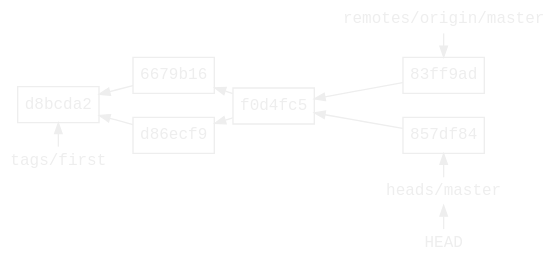
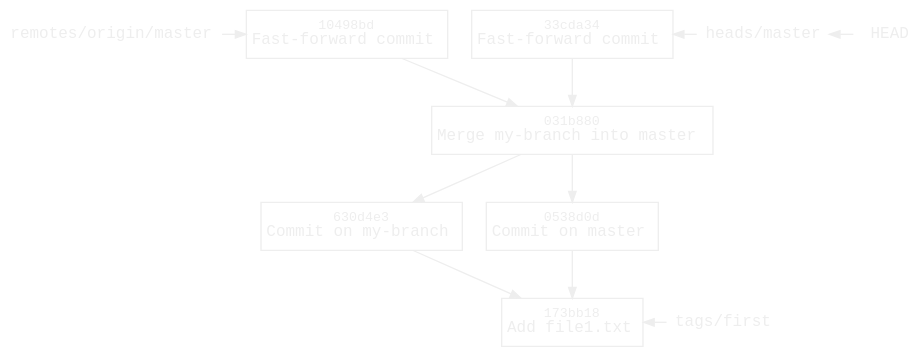
Before and after one commit to williamvds/website: the diagram in content/blog/git/remote-rewrite.dot, drawn with Graphviz. The commit also changed 16 other files, not shown here.

```diff
--- a/content/blog/git/remote-rewrite.dot
+++ b/content/blog/git/remote-rewrite.dot
@@ -1,42 +1,46 @@
 digraph branch {
     bgcolor = transparent
     color = white
-    rankdir = RL
-    ranksep = 0.2
+
     node [fontname=monospace, fontsize=12, fontcolor="#eeeeee",
           margin="0.06,0.1", height=0, color="#eeeeee"]
     edge [fontcolor="#eeeeee", color="#eeeeee", arrowsize=0.8]
 
     node [shape=box, labeldistance=0.2]
-    "d8bcda2"
-    "6679b16"
-    "d86ecf9"
-    "f0d4fc5"
-    "83ff9ad"
-    "857df84"
+    "173bb18" [label=<<font point-size="10">173bb18</font><br/>Add file1.txt>]
+    "630d4e3" [label=<<font point-size="10">630d4e3</font><br/>Commit on my-branch>]
+    "0538d0d" [label=<<font point-size="10">0538d0d</font><br/>Commit on master>]
+    "031b880" [label=<<font point-size="10">031b880</font><br/>Merge my-branch into master>]
+    "10498bd" [label=<<font point-size="10">10498bd</font><br/>Fast-forward commit>]
+    "33cda34" [label=<<font point-size="10">33cda34</font><br/>Fast-forward commit>]
 
     node [shape=none, margin=0.05, height=0, layer="refs"]
     HEAD
     master [label="heads/master"]
     remote_master [label="remotes/origin/master"]
     first [label="tags/first"]
 
-    "6679b16" -> "d8bcda2"
-    "d86ecf9" -> "d8bcda2"
-    "f0d4fc5" -> "6679b16"
-    "f0d4fc5" -> "d86ecf9"
-    "857df84" -> "f0d4fc5"
-    "83ff9ad" -> "f0d4fc5"
+    // master
+    {
+        edge [weight=3]
+        "0538d0d" -> "173bb18"
+        "031b880" -> "0538d0d"
+        "33cda34" -> "031b880"
+    }
+
+    "630d4e3" -> "173bb18"
+    "031b880" -> "630d4e3"
+    "10498bd" -> "031b880"
 
     {
         rank = same
-        first -> "d8bcda2" [constraint=false]
+        first -> "173bb18" [constraint=false]
     }
 
     {
         rank = same
-        remote_master -> "83ff9ad"
-        master -> "857df84" [constraint=false]
+        remote_master -> "10498bd"
+        master -> "33cda34" [constraint=false]
         HEAD -> master [constraint=false]
     }
 }
```
